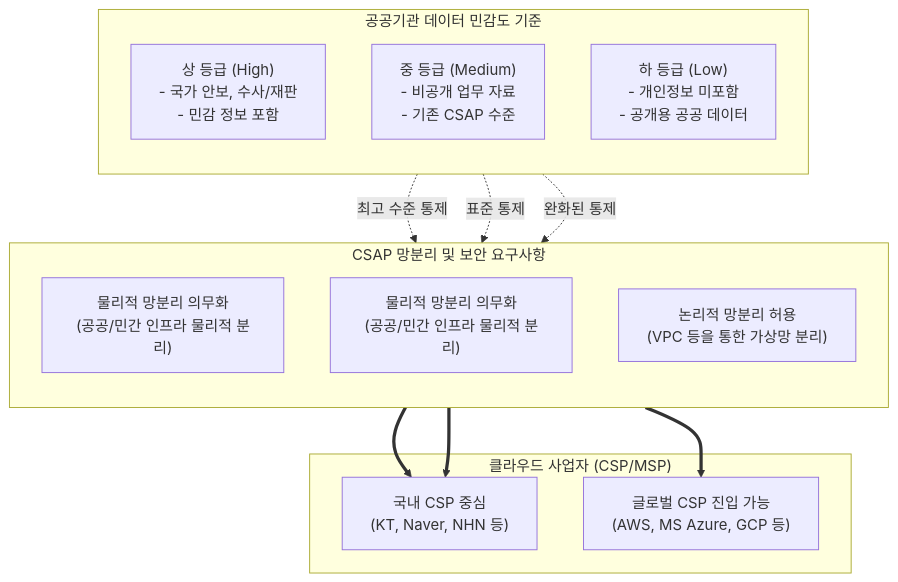
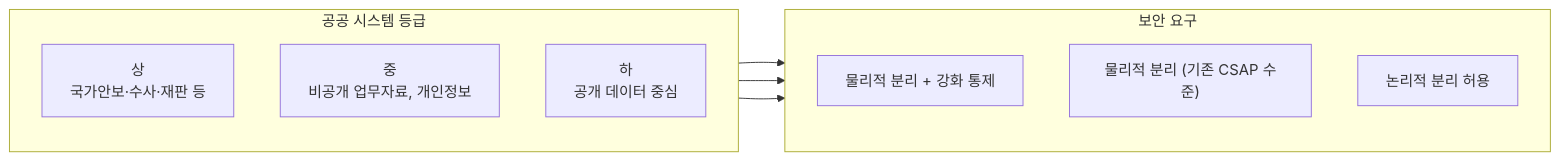
The diagram in content/01_IT Tech/CSAP.md (supremethumb/supremethumb.github.io), drawn with Mermaid before and after one commit. The commit also changed other lines of this file and 1087 other files, not shown here.

````diff
--- a/content/01_IT Tech/CSAP.md
+++ b/content/01_IT Tech/CSAP.md
@@ -31,30 +36,18 @@
 ```mermaid
-flowchart TD
-    subgraph Public_Sector ["공공기관 데이터 민감도 기준"]
+flowchart LR
+    subgraph DATA["공공 시스템 등급"]
         direction TB
-        High["상 등급 (High)<br/>- 국가 안보, 수사/재판<br/>- 민감 정보 포함"]
-        Medium["중 등급 (Medium)<br/>- 비공개 업무 자료<br/>- 기존 CSAP 수준"]
-        Low["하 등급 (Low)<br/>- 개인정보 미포함<br/>- 공개용 공공 데이터"]
+        H["상<br/>국가안보·수사·재판 등"]
+        M["중<br/>비공개 업무자료, 개인정보"]
+        L["하<br/>공개 데이터 중심"]
     end
-
-    subgraph Security_Req ["CSAP 망분리 및 보안 요구사항"]
+    subgraph REQ["보안 요구"]
         direction TB
-        Phy_Sep1["물리적 망분리 의무화<br/>(공공/민간 인프라 물리적 분리)"]
-        Phy_Sep2["물리적 망분리 의무화<br/>(공공/민간 인프라 물리적 분리)"]
-        Log_Sep["논리적 망분리 허용<br/>(VPC 등을 통한 가상망 분리)"]
-        
-        High -. "최고 수준 통제" .-> Phy_Sep1
-        Medium -. "표준 통제" .-> Phy_Sep2
-        Low -. "완화된 통제" .-> Log_Sep
+        RH["물리적 분리 + 강화 통제"]
+        RM["물리적 분리 (기존 CSAP 수준)"]
+        RL["논리적 분리 허용"]
     end
-
-    subgraph Providers ["클라우드 사업자 (CSP/MSP)"]
-        Domestic["국내 CSP 중심<br/>(KT, Naver, NHN 등)"]
-        Global["글로벌 CSP 진입 가능<br/>(AWS, MS Azure, GCP 등)"]
-    end
-
-    Phy_Sep1 ==> Domestic
-    Phy_Sep2 ==> Domestic
-    Log_Sep ==> Global
-
+    H --> RH
+    M --> RM
+    L --> RL
 ```
````
